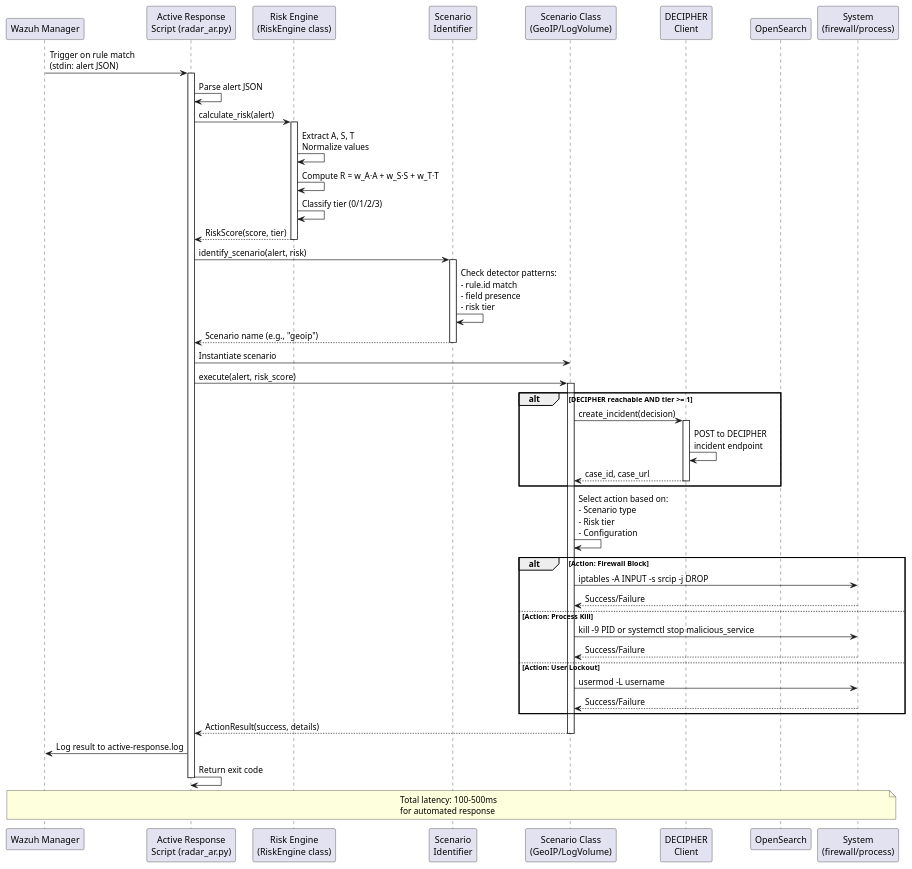
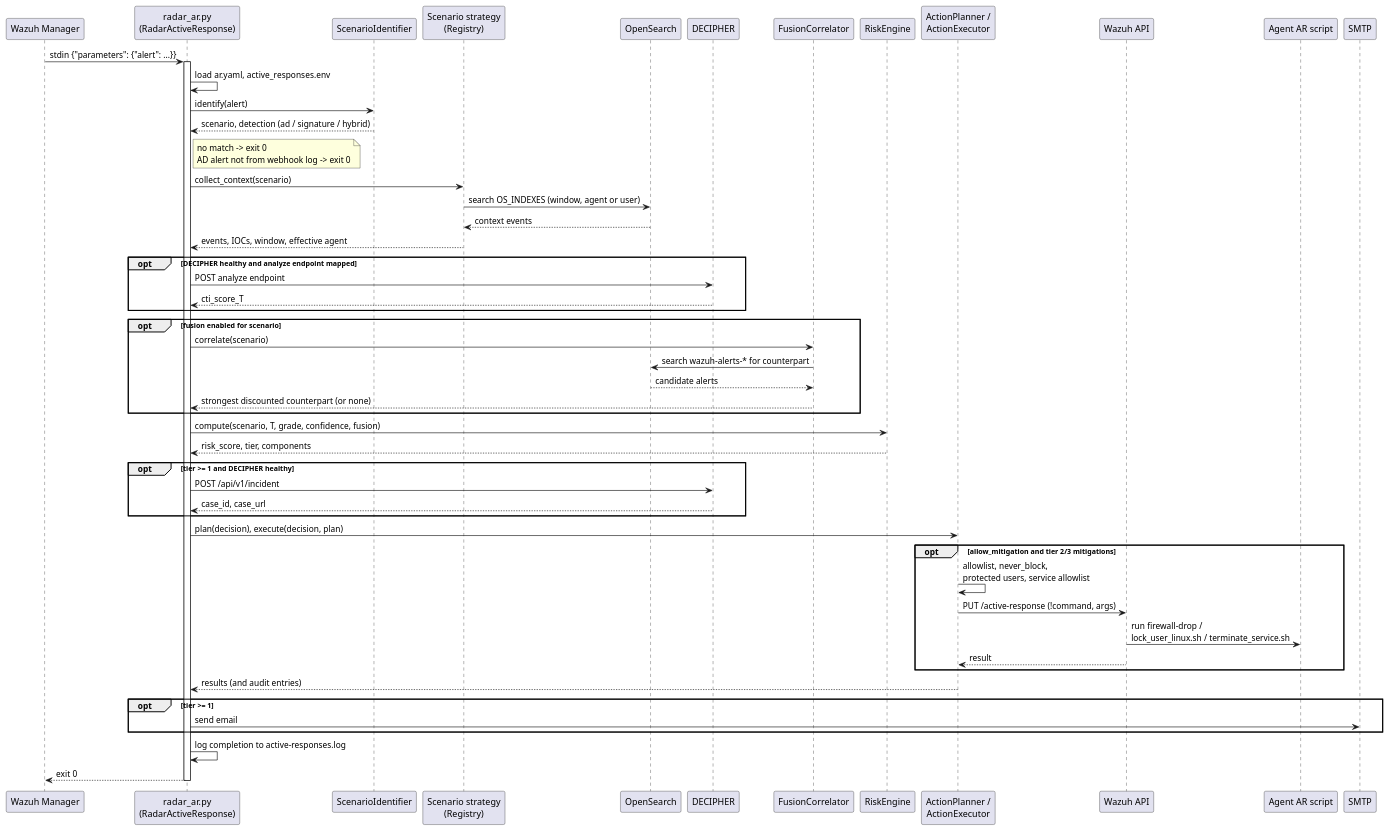
Before and after one commit to AbstractionsLab/idps-escape: the diagram in docs/specs/larc/LARC-026.md, drawn with PlantUML. The commit also changed other lines of this file and 682 other files, not shown here.

````diff
--- a/docs/specs/larc/LARC-026.md
+++ b/docs/specs/larc/LARC-026.md
@@ -218,70 +116,66 @@
 ```plantuml
 @startuml
 participant "Wazuh Manager" as WM
-participant "Active Response\nScript (radar_ar.py)" as AR
-participant "Risk Engine\n(RiskEngine class)" as RE
-participant "Scenario\nIdentifier" as SI
-participant "Scenario Class\n(GeoIP/LogVolume)" as SC
-participant "DECIPHER\nClient" as DC
+participant "radar_ar.py\n(RadarActiveResponse)" as AR
+participant "ScenarioIdentifier" as SI
+participant "Scenario strategy\n(Registry)" as SC
 participant "OpenSearch" as OS
-participant "System\n(firewall/process)" as SYS
+participant "DECIPHER" as DC
+participant "FusionCorrelator" as FC
+participant "RiskEngine" as RE
+participant "ActionPlanner /\nActionExecutor" as EX
+participant "Wazuh API" as API
+participant "Agent AR script" as AG
+participant "SMTP" as MAIL
 
-WM -> AR: Trigger on rule match\n(stdin: alert JSON)
+WM -> AR: stdin {"parameters": {"alert": ...}}
 activate AR
+AR -> AR: load ar.yaml, active_responses.env
 
-AR -> AR: Parse alert JSON
+AR -> SI: identify(alert)
+SI --> AR: scenario, detection (ad / signature / hybrid)
+note right of AR: no match -> exit 0\nAD alert not from webhook log -> exit 0
 
-AR -> RE: calculate_risk(alert)
-activate RE
-RE -> RE: Extract A, S, T\nNormalize values
-RE -> RE: Compute R = w_A·A + w_S·S + w_T·T
-RE -> RE: Classify tier (0/1/2/3)
-RE --> AR: RiskScore(score, tier)
-deactivate RE
+AR -> SC: collect_context(scenario)
+SC -> OS: search OS_INDEXES (window, agent or user)
+OS --> SC: context events
+SC --> AR: events, IOCs, window, effective agent
 
-AR -> SI: identify_scenario(alert, risk)
-activate SI
-SI -> SI: Check detector patterns:\n- rule.id match\n- field presence\n- risk tier
-SI --> AR: Scenario name (e.g., "geoip")
-deactivate SI
-
-AR -> SC: Instantiate scenario
-AR -> SC: execute(alert, risk_score)
-activate SC
-
-alt DECIPHER reachable AND tier >= 1
-  SC -> DC: create_incident(decision)
-  activate DC
-  DC -> DC: POST to DECIPHER\nincident endpoint
-  DC --> SC: case_id, case_url
-  deactivate DC
+opt DECIPHER healthy and analyze endpoint mapped
+  AR -> DC: POST analyze endpoint
+  DC --> AR: cti_score_T
 end
 
-SC -> SC: Select action based on:\n- Scenario type\n- Risk tier\n- Configuration
-
-alt Action: Firewall Block
-  SC -> SYS: iptables -A INPUT -s srcip -j DROP
-  SYS --> SC: Success/Failure
-else Action: Process Kill
-  SC -> SYS: kill -9 PID or systemctl stop malicious_service
-  SYS --> SC: Success/Failure
-else Action: User Lockout
-  SC -> SYS: usermod -L username
-  SYS --> SC: Success/Failure
+opt fusion enabled for scenario
+  AR -> FC: correlate(scenario)
+  FC -> OS: search wazuh-alerts-* for counterpart
+  OS --> FC: candidate alerts
+  FC --> AR: strongest discounted counterpart (or none)
 end
 
-SC --> AR: ActionResult(success, details)
-deactivate SC
+AR -> RE: compute(scenario, T, grade, confidence, fusion)
+RE --> AR: risk_score, tier, components
 
-AR -> WM: Log result to active-response.log
-AR -> AR: Return exit code
+opt tier >= 1 and DECIPHER healthy
+  AR -> DC: POST /api/v1/incident
+  DC --> AR: case_id, case_url
+end
 
+AR -> EX: plan(decision), execute(decision, plan)
+opt allow_mitigation and tier 2/3 mitigations
+  EX -> EX: allowlist, never_block,\nprotected users, service allowlist
+  EX -> API: PUT /active-response (!command, args)
+  API -> AG: run firewall-drop /\nlock_user_linux.sh / terminate_service.sh
+  API --> EX: result
+end
+EX --> AR: results (and audit entries)
+
+opt tier >= 1
+  AR -> MAIL: send email
+end
+
+AR -> AR: log completion to active-responses.log
+AR --> WM: exit 0
 deactivate AR
-
-note over WM, SYS
-  Total latency: 100-500ms
-  for automated response
-end note
-
 @enduml
 ```
````
